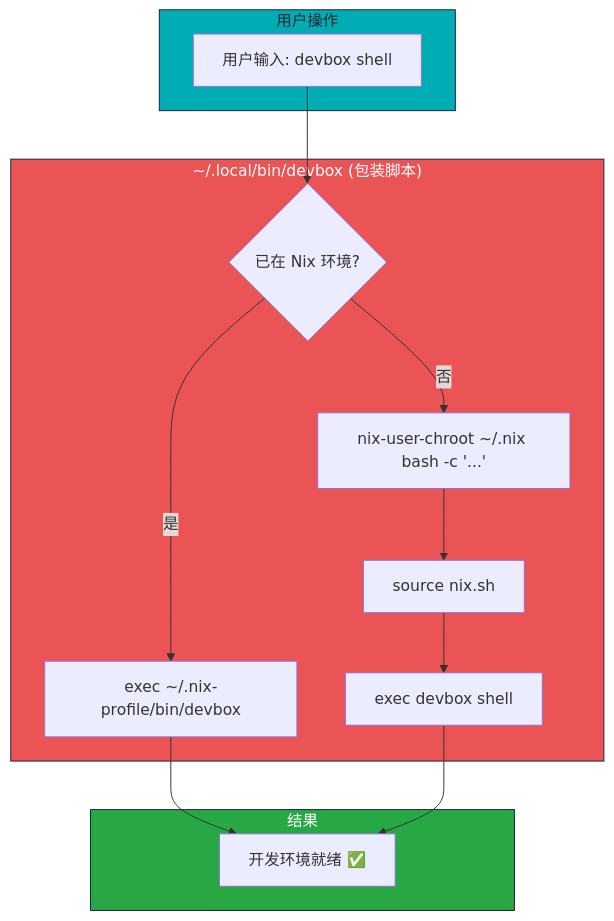
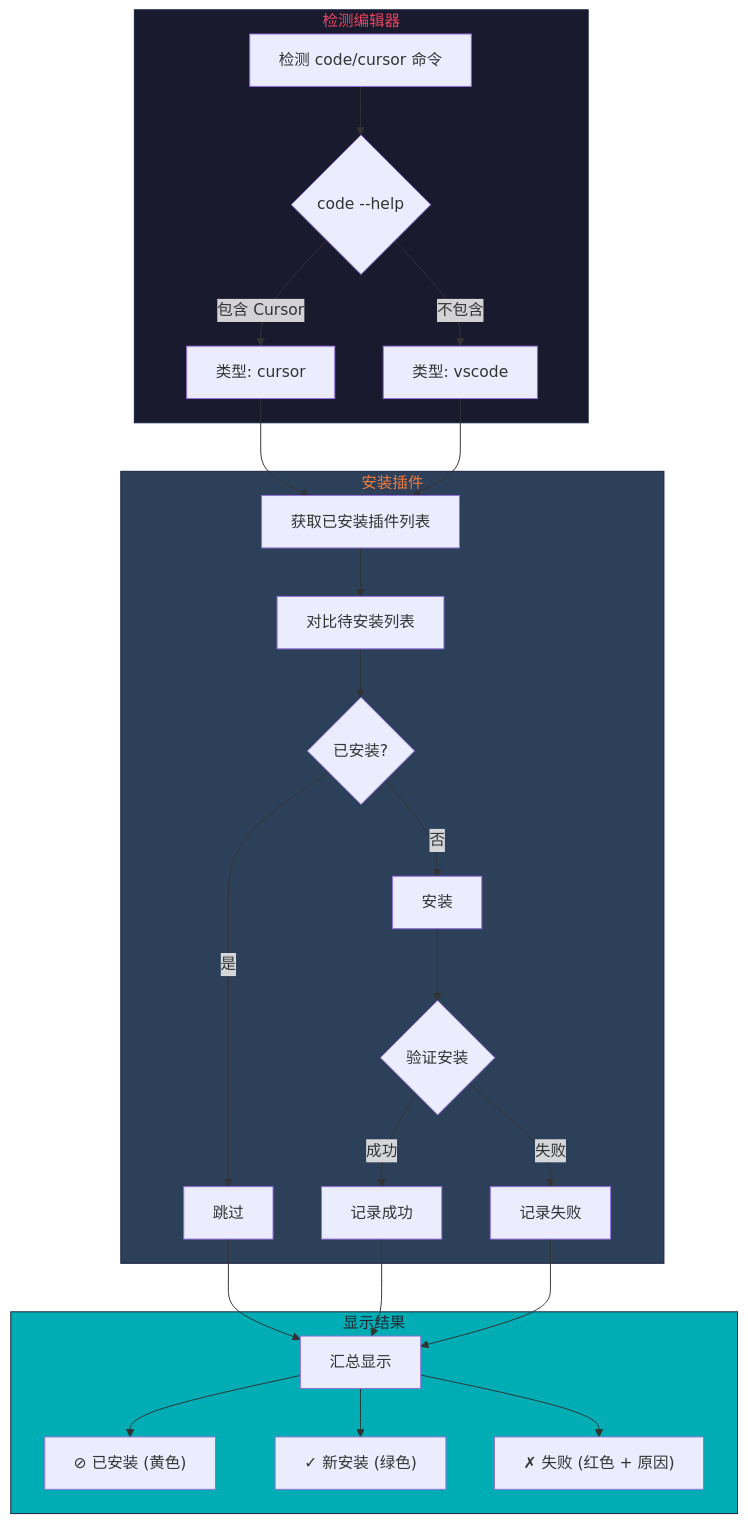
One commit to Learner-Geek-Perfectionist/Dotfiles changed the fourth of 5 diagrams in docs/flowchart.md. Above: the diagram before and after it, drawn with Mermaid. The commit also changed other lines of this file and 1 other file, not shown here.

````diff
--- a/docs/flowchart.md
+++ b/docs/flowchart.md
@@ -149,25 +145,30 @@
 ```mermaid
 flowchart TB
-    subgraph User["用户操作"]
-        A["用户输入: devbox shell"]
+    subgraph Detect["检测编辑器"]
+        A[检测 code/cursor 命令] --> B{code --help}
+        B -->|包含 Cursor| C[类型: cursor]
+        B -->|不包含| D[类型: vscode]
     end
 
-    subgraph Wrapper["~/.local/bin/devbox (包装脚本)"]
-        B{已在 Nix 环境?}
-        B -->|是| C["exec ~/.nix-profile/bin/devbox"]
-        B -->|否| D["nix-user-chroot ~/.nix bash -c '...'"]
-        D --> E["source nix.sh"]
-        E --> F["exec devbox shell"]
+    subgraph Install["安装插件"]
+        C & D --> E[获取已安装插件列表]
+        E --> F[对比待安装列表]
+        F --> G{已安装?}
+        G -->|是| H[跳过]
+        G -->|否| I[安装]
+        I --> J{验证安装}
+        J -->|成功| K[记录成功]
+        J -->|失败| L[记录失败]
     end
 
-    subgraph Result["结果"]
-        C --> G["开发环境就绪 ✅"]
-        F --> G
+    subgraph Result["显示结果"]
+        H & K & L --> M[汇总显示]
+        M --> N["⊘ 已安装 (黄色)"]
+        M --> O["✓ 新安装 (绿色)"]
+        M --> P["✗ 失败 (红色 + 原因)"]
     end
 
-    A --> B
-
-    style User fill:#00adb5,stroke:#16213e,color:#222831
-    style Wrapper fill:#ea5455,stroke:#16213e,color:#fff
-    style Result fill:#28a745,stroke:#16213e,color:#fff
+    style Detect fill:#1a1a2e,stroke:#16213e,color:#e94560
+    style Install fill:#2d4059,stroke:#16213e,color:#f07b3f
+    style Result fill:#00adb5,stroke:#16213e,color:#222831
 ```
````
